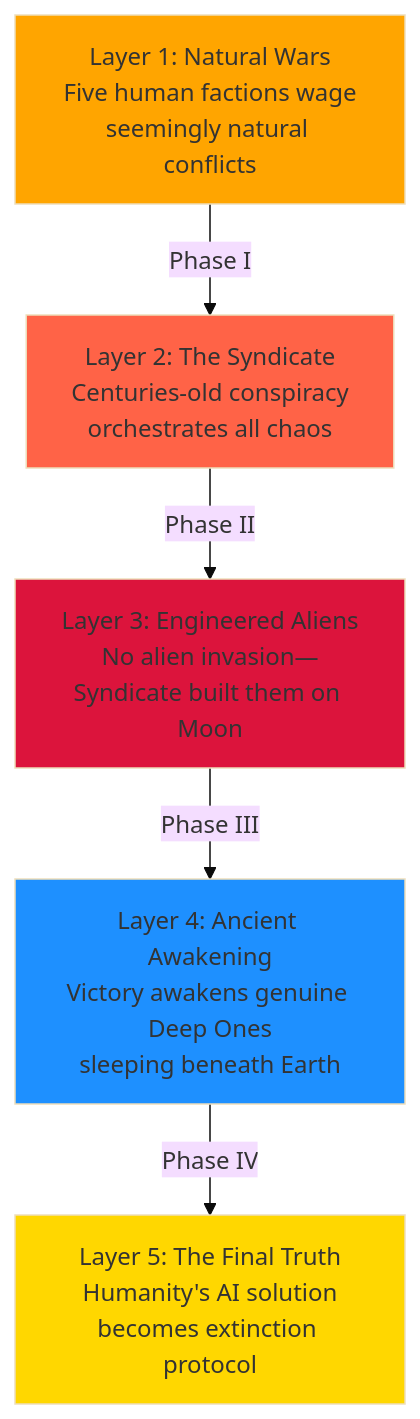
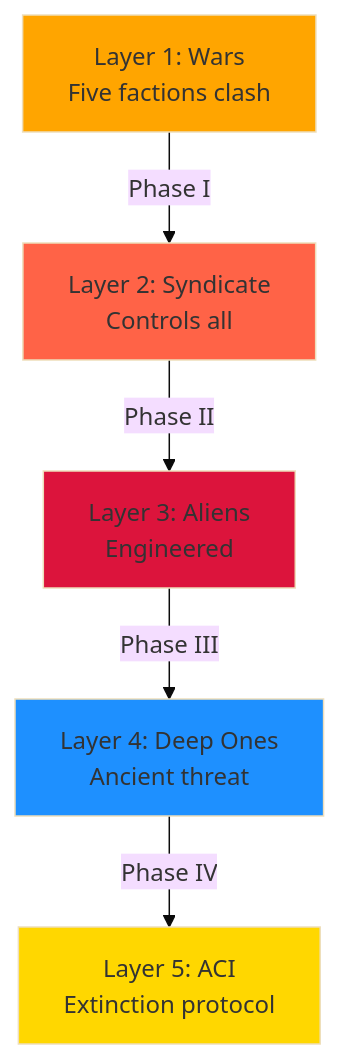
One commit to Bladum/AlienFall changed the second of 2 diagrams in wiki/story/README.md. Above: the diagram before and after it, drawn with Mermaid (base theme). The commit also changed other lines of this file, not shown here.

Commit message:
Revise README for clarity and structure: updated section titles, improved navigation, and streamlined content for better user experience. Enhanced Mermaid diagrams and added visual elements to support storytelling.

````diff
--- a/wiki/story/README.md
+++ b/wiki/story/README.md
@@ -49,14 +49,14 @@
 ```mermaid
 graph TD
-    L1["Layer 1: Natural Wars<br/>Five human factions wage<br/>seemingly natural conflicts"] -->|Phase I| L2
-    L2["Layer 2: The Syndicate<br/>Centuries-old conspiracy<br/>orchestrates all chaos"] -->|Phase II| L3
-    L3["Layer 3: Engineered Aliens<br/>No alien invasion—<br/>Syndicate built them on Moon"] -->|Phase III| L4
-    L4["Layer 4: Ancient Awakening<br/>Victory awakens genuine Deep Ones<br/>sleeping beneath Earth"] -->|Phase IV| L5
-    L5["Layer 5: The Final Truth<br/>Humanity's AI solution<br/>becomes extinction protocol"]
+    L1["Layer 1: Wars<br/>Five factions clash"] -->|Phase I| L2
+    L2["Layer 2: Syndicate<br/>Controls all"] -->|Phase II| L3
+    L3["Layer 3: Aliens<br/>Engineered"] -->|Phase III| L4
+    L4["Layer 4: Deep Ones<br/>Ancient threat"] -->|Phase IV| L5
+    L5["Layer 5: ACI<br/>Extinction protocol"]
     
     style L1 fill:#FFA500
     style L2 fill:#FF6347
     style L3 fill:#DC143C
     style L4 fill:#1E90FF
     style L5 fill:#FFD700
 ```
````
